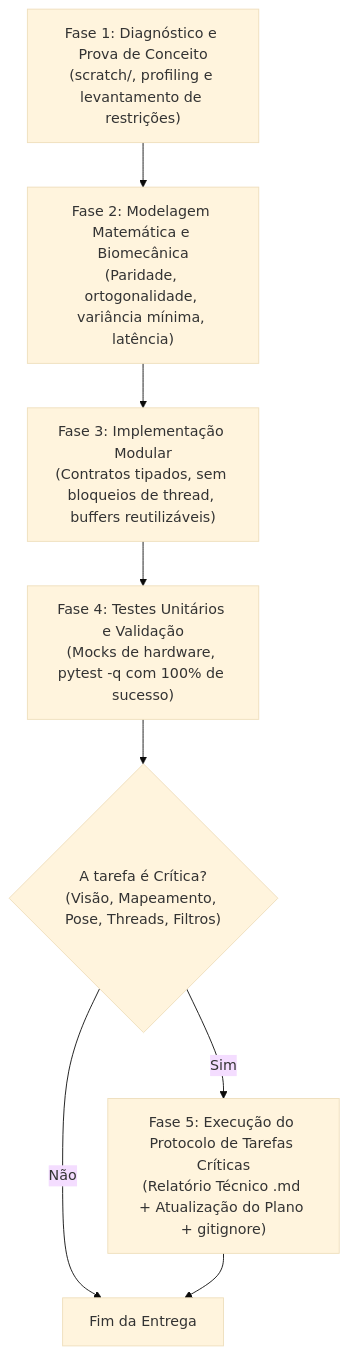
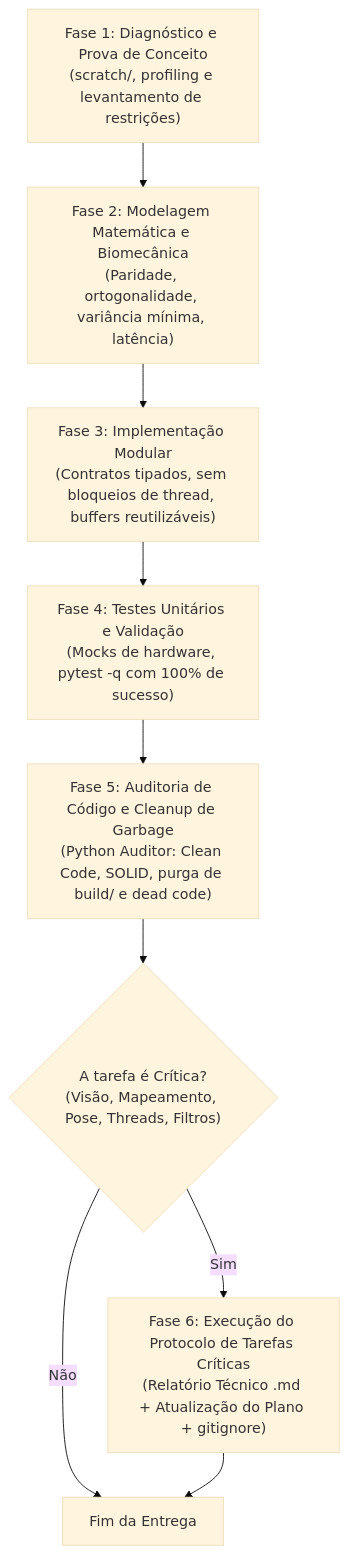
Before and after one commit to Hernan-M/L.O.R.E.N.A.-DESKTOP: the first of 2 diagrams in AGENTS.md, drawn with Mermaid (base theme). The commit also changed other lines of this file and 10 other files, not shown here.

````diff
--- a/AGENTS.md
+++ b/AGENTS.md
@@ -67,10 +67,11 @@
 ```mermaid
 flowchart TD
     A["Fase 1: Diagnóstico e Prova de Conceito\n(scratch/, profiling e levantamento de restrições)"] --> B["Fase 2: Modelagem Matemática e Biomecânica\n(Paridade, ortogonalidade, variância mínima, latência)"]
     B --> C["Fase 3: Implementação Modular\n(Contratos tipados, sem bloqueios de thread, buffers reutilizáveis)"]
     C --> D["Fase 4: Testes Unitários e Validação\n(Mocks de hardware, pytest -q com 100% de sucesso)"]
-    D --> E{"A tarefa é Crítica?\n(Visão, Mapeamento, Pose, Threads, Filtros)"}
-    E -- Sim --> F["Fase 5: Execução do Protocolo de Tarefas Críticas\n(Relatório Técnico .md + Atualização do Plano + gitignore)"]
-    E -- Não --> G["Fim da Entrega"]
-    F --> G
+    D --> E["Fase 5: Auditoria de Código e Cleanup de Garbage\n(Python Auditor: Clean Code, SOLID, purga de build/ e dead code)"]
+    E --> F{"A tarefa é Crítica?\n(Visão, Mapeamento, Pose, Threads, Filtros)"}
+    F -- Sim --> G["Fase 6: Execução do Protocolo de Tarefas Críticas\n(Relatório Técnico .md + Atualização do Plano + gitignore)"]
+    F -- Não --> H["Fim da Entrega"]
+    G --> H
 ```
````
